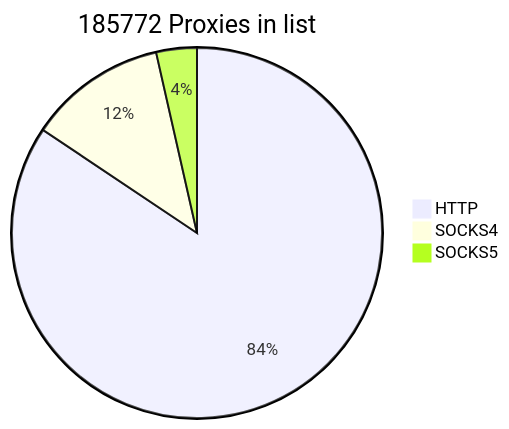
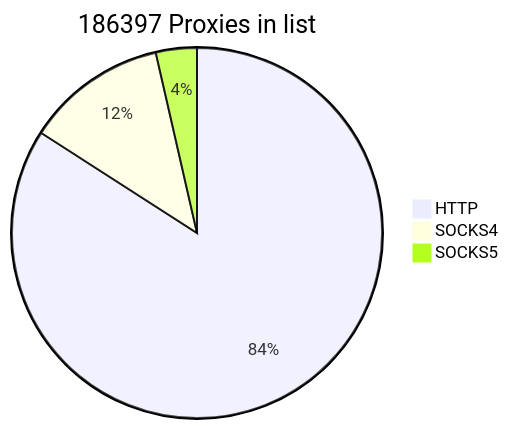
The first of 2 diagrams in README.md (cutipu/proxylist), drawn with Mermaid before and after one commit. The commit also changed other lines of this file, not shown here.

````diff
--- a/README.md
+++ b/README.md
@@ -2,7 +2,7 @@
 ```mermaid
-pie title 185772 Proxies in list
-    "HTTP" : 156768
-    "SOCKS4" : 22416
-    "SOCKS5" : 6588
+pie title 186397 Proxies in list
+    "HTTP" : 156737
+    "SOCKS4" : 22989
+    "SOCKS5" : 6671
             
 ```
````
